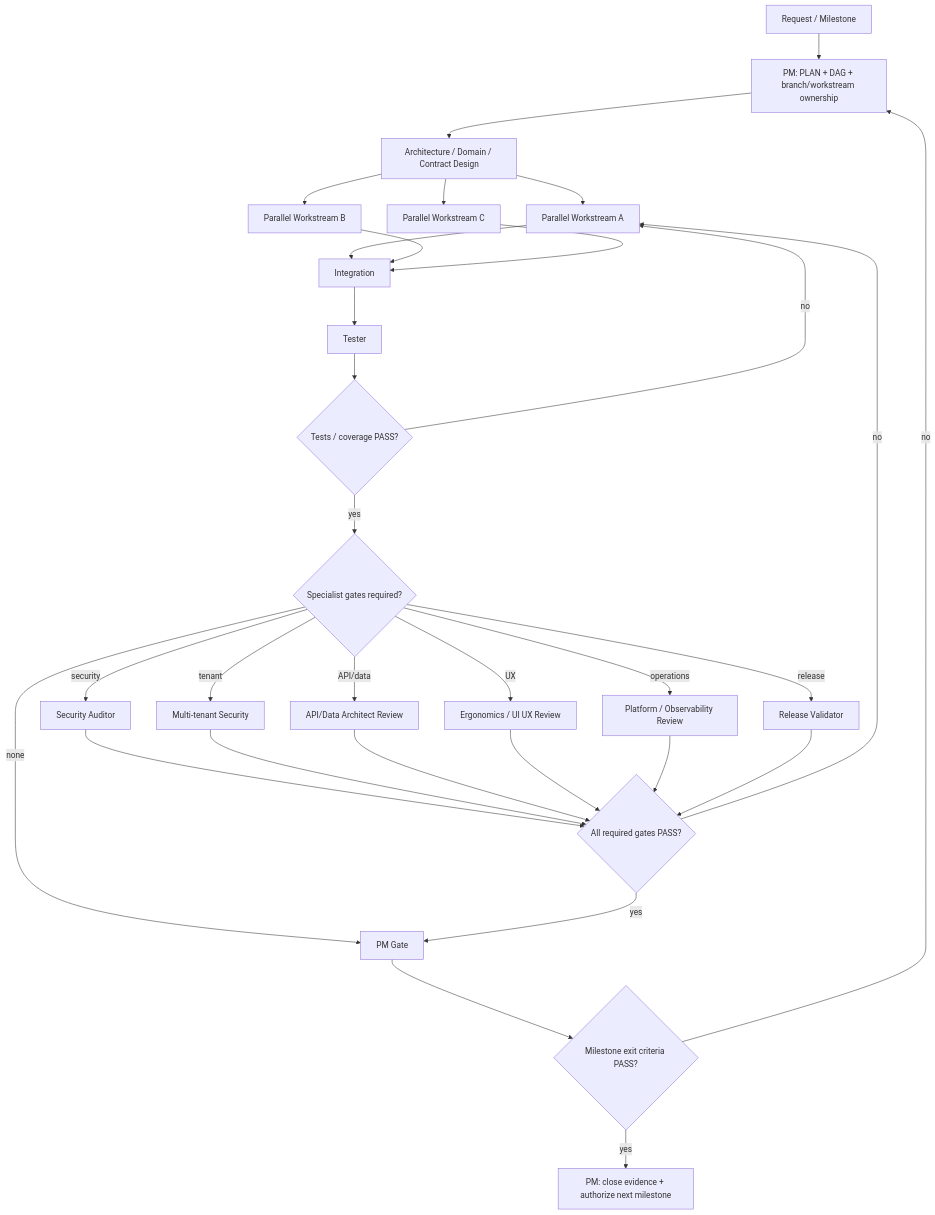
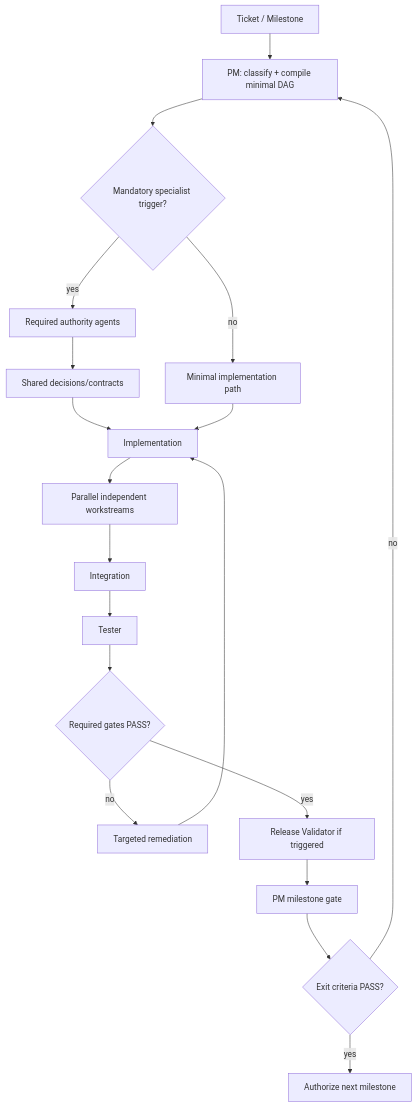
One commit to pdelebarre/halcova changed the diagram in .github/skills/agentic-workflow/SKILL.md. Above: the diagram before and after it, drawn with Mermaid. The commit also changed other lines of this file, not shown here.

Commit message:
governance: add adaptive agent graph protocol

````diff
--- a/.github/skills/agentic-workflow/SKILL.md
+++ b/.github/skills/agentic-workflow/SKILL.md
@@ -291,33 +299,21 @@
 ```mermaid
 graph TD
-  A[Request / Milestone] --> B[PM: PLAN + DAG + branch/workstream ownership]
-  B --> C[Architecture / Domain / Contract Design]
-  C --> D1[Parallel Workstream A]
-  C --> D2[Parallel Workstream B]
-  C --> D3[Parallel Workstream C]
-  D1 --> E[Integration]
-  D2 --> E
-  D3 --> E
-  E --> F[Tester]
-  F --> G{Tests / coverage PASS?}
-  G -- no --> D1
-  G -- yes --> H{Specialist gates required?}
-  H -- security --> I[Security Auditor]
-  H -- tenant --> J[Multi-tenant Security]
-  H -- API/data --> K[API/Data Architect Review]
-  H -- UX --> L[Ergonomics / UI UX Review]
-  H -- operations --> M[Platform / Observability Review]
-  H -- release --> N[Release Validator]
-  H -- none --> O[PM Gate]
-  I --> P{All required gates PASS?}
-  J --> P
-  K --> P
-  L --> P
-  M --> P
-  N --> P
-  P -- no --> D1
-  P -- yes --> O
-  O --> Q{Milestone exit criteria PASS?}
-  Q -- no --> B
-  Q -- yes --> R[PM: close evidence + authorize next milestone]
+  A[Ticket / Milestone] --> B[PM: classify + compile minimal DAG]
+  B --> C{Mandatory specialist trigger?}
+  C -->|yes| D[Required authority agents]
+  C -->|no| E[Minimal implementation path]
+  D --> F[Shared decisions/contracts]
+  F --> G[Implementation]
+  E --> G
+  G --> H[Parallel independent workstreams]
+  H --> I[Integration]
+  I --> J[Tester]
+  J --> K{Required gates PASS?}
+  K -->|no| L[Targeted remediation]
+  L --> G
+  K -->|yes| M[Release Validator if triggered]
+  M --> N[PM milestone gate]
+  N --> O{Exit criteria PASS?}
+  O -->|no| B
+  O -->|yes| P[Authorize next milestone]
 ```
````
